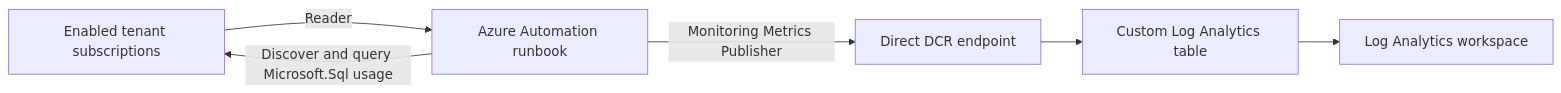
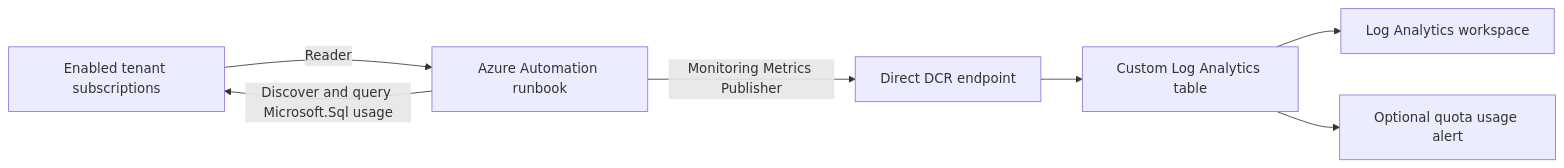
Before and after one commit to nd4ever/azure-sqlmi-quota-monitoring: the diagram in README.md, drawn with Mermaid. The commit also changed other lines of this file and 6 other files, not shown here.

First line of the commit message:
feat: add configurable SQL MI quota alert

````diff
--- a/README.md
+++ b/README.md
@@ -18,8 +18,9 @@
 ```mermaid
 flowchart LR
     TENANT[Enabled tenant subscriptions] -->|Reader| AA[Azure Automation runbook]
     AA -->|Discover and query Microsoft.Sql usage| TENANT
     AA -->|Monitoring Metrics Publisher| DCR[Direct DCR endpoint]
     DCR --> TABLE[Custom Log Analytics table]
     TABLE --> LAW[Log Analytics workspace]
+    TABLE --> ALERT[Optional quota usage alert]
 ```
````
